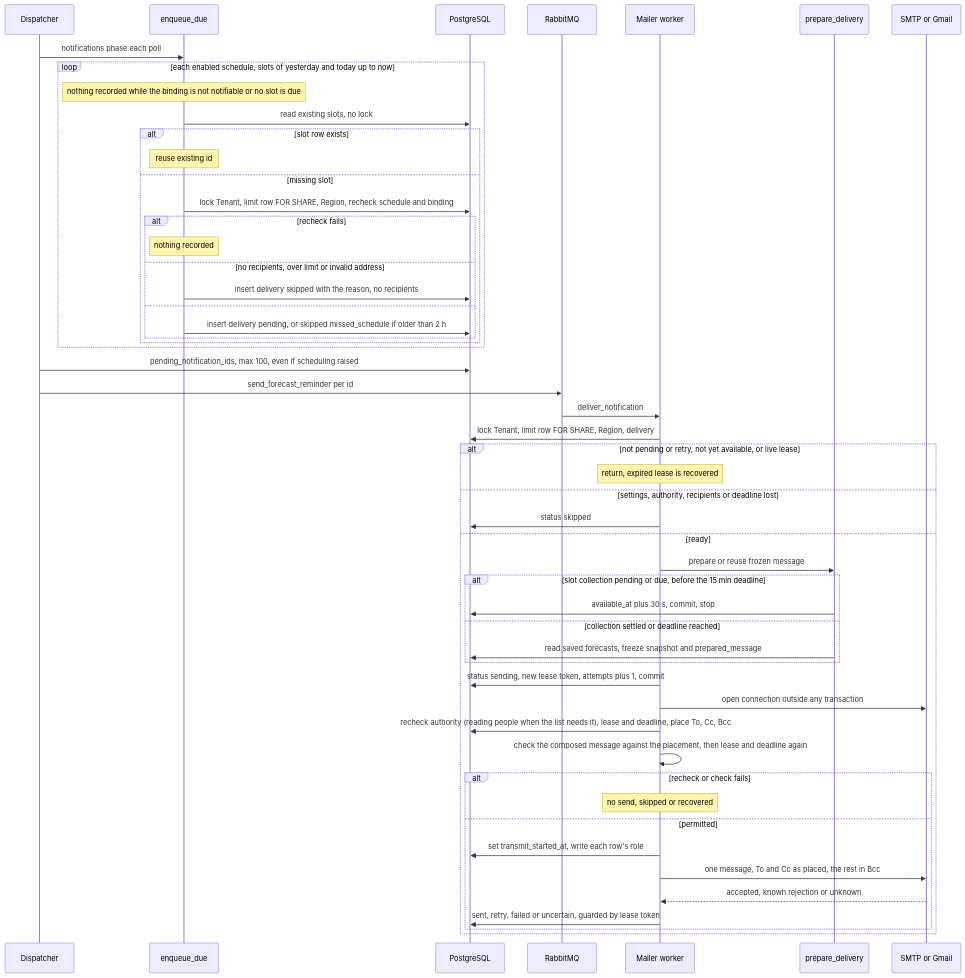
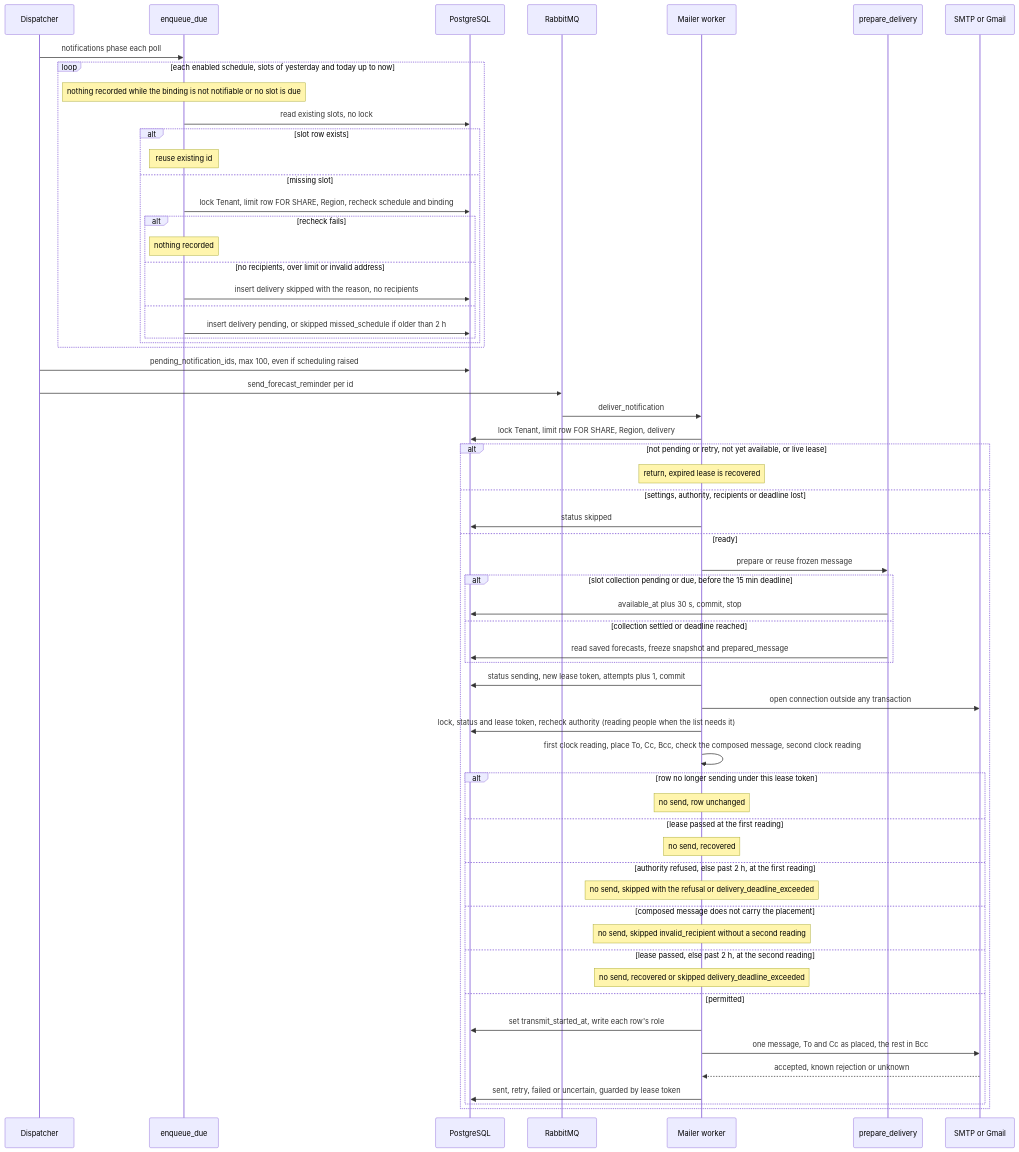
The diagram in docs/flows/reminder-delivery.md (erkurtharun/pyracast), drawn with Mermaid before and after one commit. The commit also changed other lines of this file and 2 other files, not shown here.

Commit message:
Describe the transmit marker's order of checks and which save outcomes read the reminders again
The configuration page names the outcomes after which the panel reads again,
the reads of people per request and the default Copy placement; the delivery
page gives the transmit marker's checks in order; the platform settings page
says an unchanged limit may still create the settings row. Message texts of
the sequence diagrams carry no semicolons.

````diff
--- a/docs/flows/reminder-delivery.md
+++ b/docs/flows/reminder-delivery.md
@@ -21,55 +21,63 @@
 ```mermaid
 sequenceDiagram
     participant D as Dispatcher
     participant S as enqueue_due
     participant DB as PostgreSQL
     participant Q as RabbitMQ
     participant W as Mailer worker
     participant P as prepare_delivery
     participant M as SMTP or Gmail
     D->>S: notifications phase each poll
     loop each enabled schedule, slots of yesterday and today up to now
         Note over S: nothing recorded while the binding is not notifiable or no slot is due
         S->>DB: read existing slots, no lock
         alt slot row exists
             Note over S: reuse existing id
         else missing slot
             S->>DB: lock Tenant, limit row FOR SHARE, Region, recheck schedule and binding
             alt recheck fails
                 Note over S: nothing recorded
             else no recipients, over limit or invalid address
                 S->>DB: insert delivery skipped with the reason, no recipients
             else
                 S->>DB: insert delivery pending, or skipped missed_schedule if older than 2 h
             end
         end
     end
     D->>DB: pending_notification_ids, max 100, even if scheduling raised
     D->>Q: send_forecast_reminder per id
     Q->>W: deliver_notification
     W->>DB: lock Tenant, limit row FOR SHARE, Region, delivery
     alt not pending or retry, not yet available, or live lease
         Note over W: return, expired lease is recovered
     else settings, authority, recipients or deadline lost
         W->>DB: status skipped
     else ready
         W->>P: prepare or reuse frozen message
         alt slot collection pending or due, before the 15 min deadline
             P->>DB: available_at plus 30 s, commit, stop
         else collection settled or deadline reached
             P->>DB: read saved forecasts, freeze snapshot and prepared_message
         end
         W->>DB: status sending, new lease token, attempts plus 1, commit
         W->>M: open connection outside any transaction
-        W->>DB: recheck authority (reading people when the list needs it), lease and deadline, place To, Cc, Bcc
-        W->>W: check the composed message against the placement, then lease and deadline again
-        alt recheck or check fails
-            Note over W: no send, skipped or recovered
+        W->>DB: lock, status and lease token, recheck authority (reading people when the list needs it)
+        W->>W: first clock reading, place To, Cc, Bcc, check the composed message, second clock reading
+        alt row no longer sending under this lease token
+            Note over W: no send, row unchanged
+        else lease passed at the first reading
+            Note over W: no send, recovered
+        else authority refused, else past 2 h, at the first reading
+            Note over W: no send, skipped with the refusal or delivery_deadline_exceeded
+        else composed message does not carry the placement
+            Note over W: no send, skipped invalid_recipient without a second reading
+        else lease passed, else past 2 h, at the second reading
+            Note over W: no send, recovered or skipped delivery_deadline_exceeded
         else permitted
             W->>DB: set transmit_started_at, write each row's role
             W->>M: one message, To and Cc as placed, the rest in Bcc
             M-->>W: accepted, known rejection or unknown
             W->>DB: sent, retry, failed or uncertain, guarded by lease token
         end
     end
 ```
````
